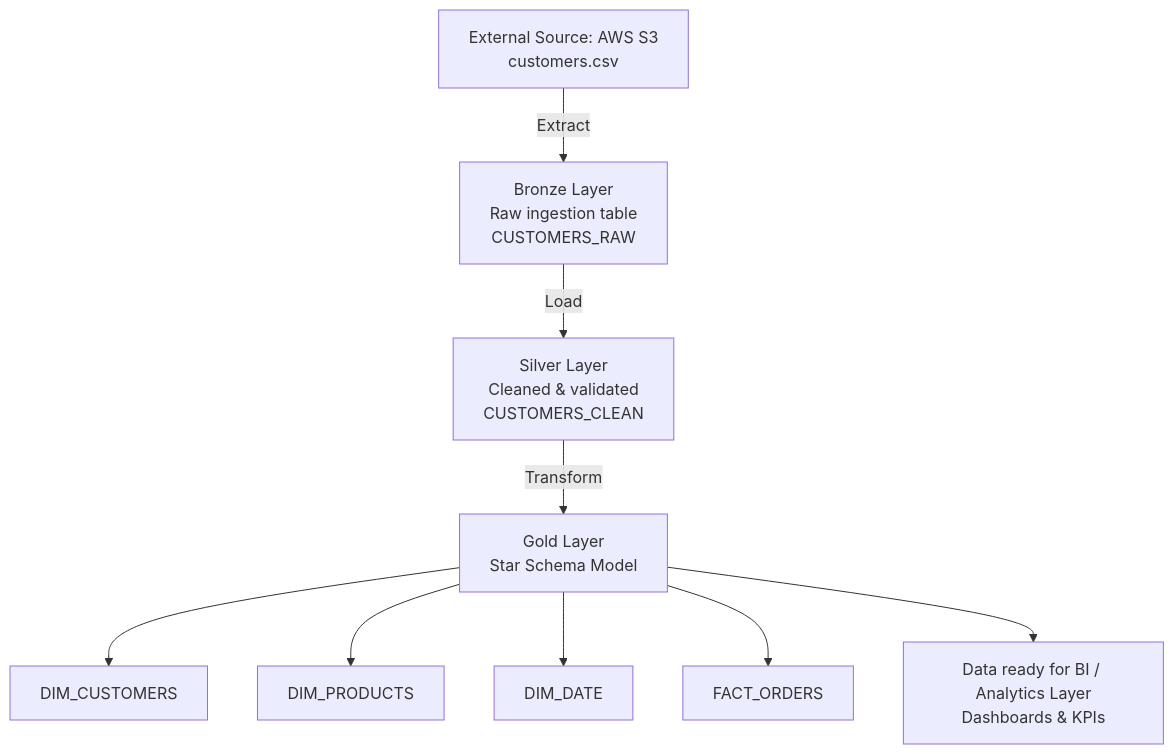
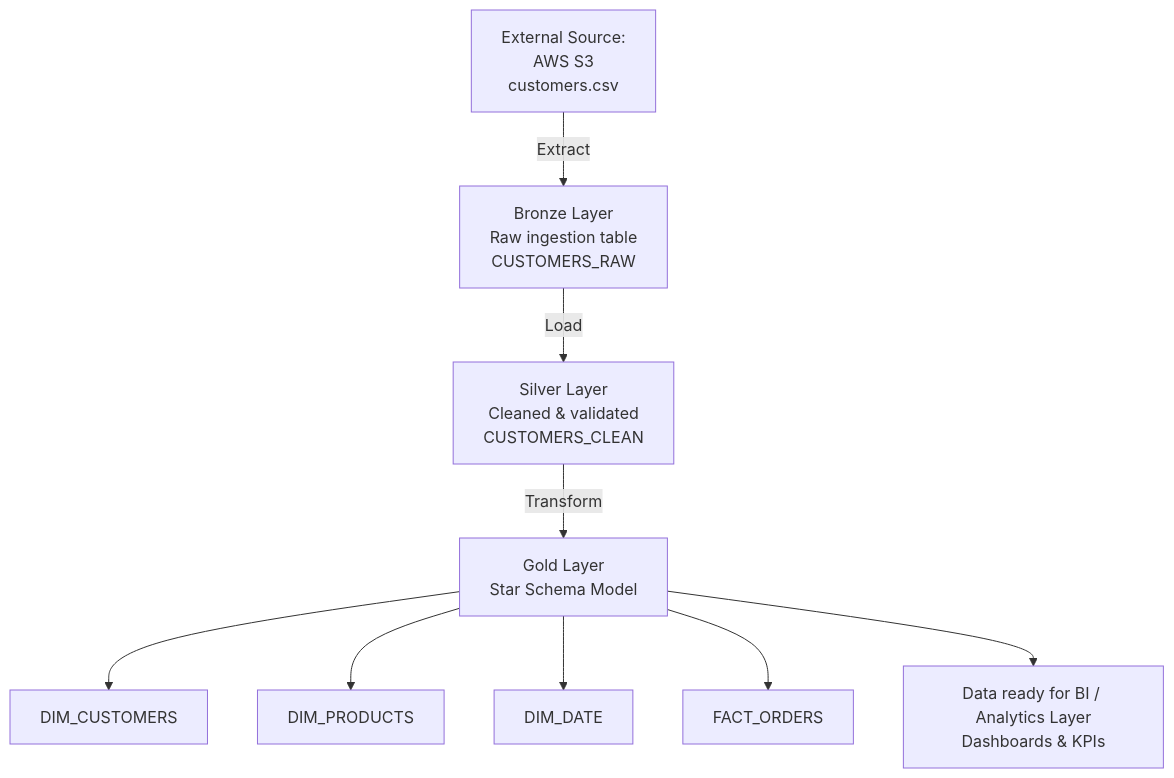
Before and after one commit to DarrenDavy12/Snowflake-Medallion-Data-Pipeline-End-to-End-ELT: the diagram in README.md, drawn with Mermaid.

Commit message:
Updated diagram in readme

````diff
--- a/README.md
+++ b/README.md
@@ -13,16 +13,16 @@
 ```mermaid
 flowchart TD
 
-A[External Source: AWS S3<br/>customers.csv] -->|Extract| B[Bronze Layer<br/>Raw ingestion table<br/>CUSTOMERS_RAW]
+A[External Source: <br>AWS S3<br/>customers.csv] -->|Extract| B[Bronze Layer<br/>Raw ingestion table<br/>CUSTOMERS_RAW]
 
 B -->|Load| C[Silver Layer<br/>Cleaned & validated<br/>CUSTOMERS_CLEAN]
 
 C -->|Transform| D[Gold Layer<br/>Star Schema Model]
 
 D --> D1[DIM_CUSTOMERS]
 D --> D2[DIM_PRODUCTS]
 D --> D3[DIM_DATE]
 D --> D4[FACT_ORDERS]
 
 D --> E[Data ready for BI / Analytics Layer<br/>Dashboards & KPIs]
 ```
````
